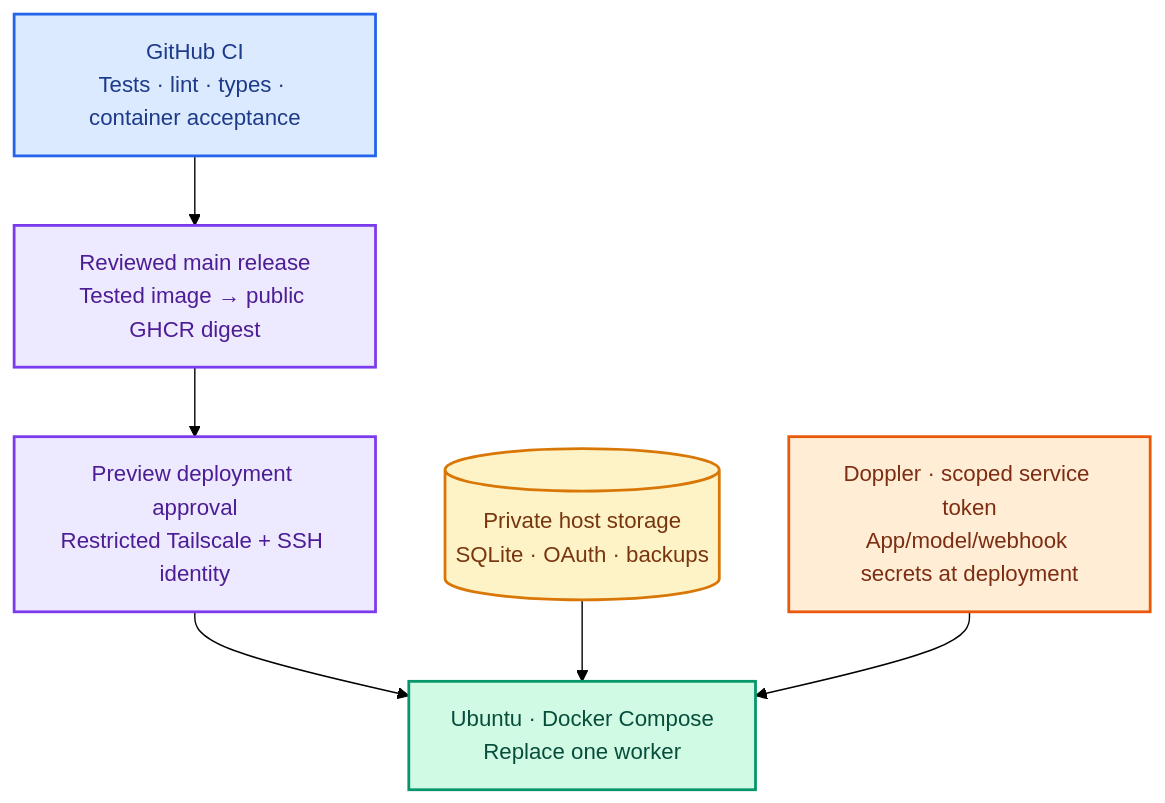
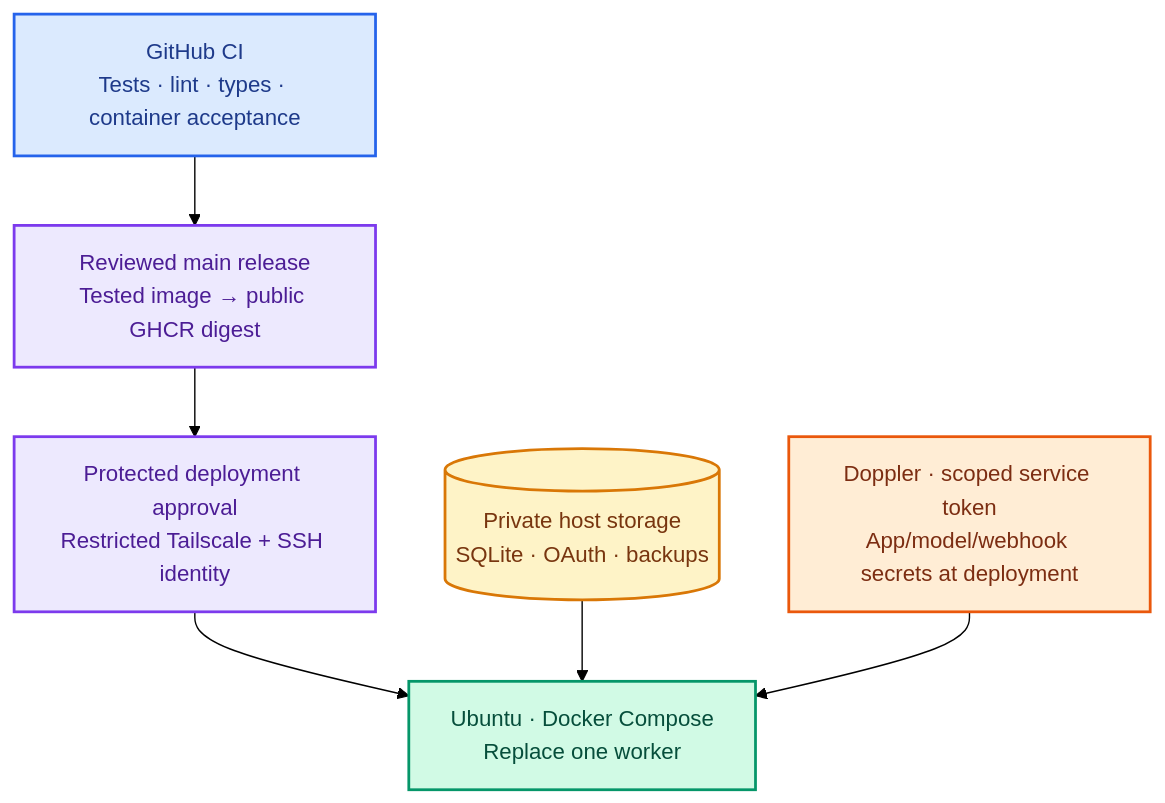
One commit to mbeka02/task-list-submission-automation changed the fifth of 5 diagrams in README.md. Above: the diagram before and after it, drawn with Mermaid (forest theme). The commit also changed other lines of this file and 3 other files, not shown here.

````diff
--- a/README.md
+++ b/README.md
@@ -426,17 +426,17 @@
 ```mermaid
 flowchart TB
     CI["GitHub CI<br/>Tests · lint · types · container acceptance"]:::ci
     IMAGE["Reviewed main release<br/>Tested image → public GHCR digest"]:::release
-    GATE["Preview deployment approval<br/>Restricted Tailscale + SSH identity"]:::release
+    GATE["Protected deployment approval<br/>Restricted Tailscale + SSH identity"]:::release
     HOST["Ubuntu · Docker Compose<br/>Replace one worker"]:::host
     DATA[("Private host storage<br/>SQLite · OAuth · backups")]:::data
     DOPPLER["Doppler · scoped service token<br/>App/model/webhook secrets at deployment"]:::secret
     CI --> IMAGE --> GATE --> HOST
     DATA --> HOST
     DOPPLER --> HOST
     classDef ci fill:#dbeafe,stroke:#2563eb,color:#1e3a8a,stroke-width:2px;
     classDef release fill:#ede9fe,stroke:#7c3aed,color:#4c1d95,stroke-width:2px;
     classDef host fill:#d1fae5,stroke:#059669,color:#064e3b,stroke-width:2px;
     classDef data fill:#fef3c7,stroke:#d97706,color:#78350f,stroke-width:2px;
     classDef secret fill:#ffedd5,stroke:#ea580c,color:#7c2d12,stroke-width:2px;
 ```
````
